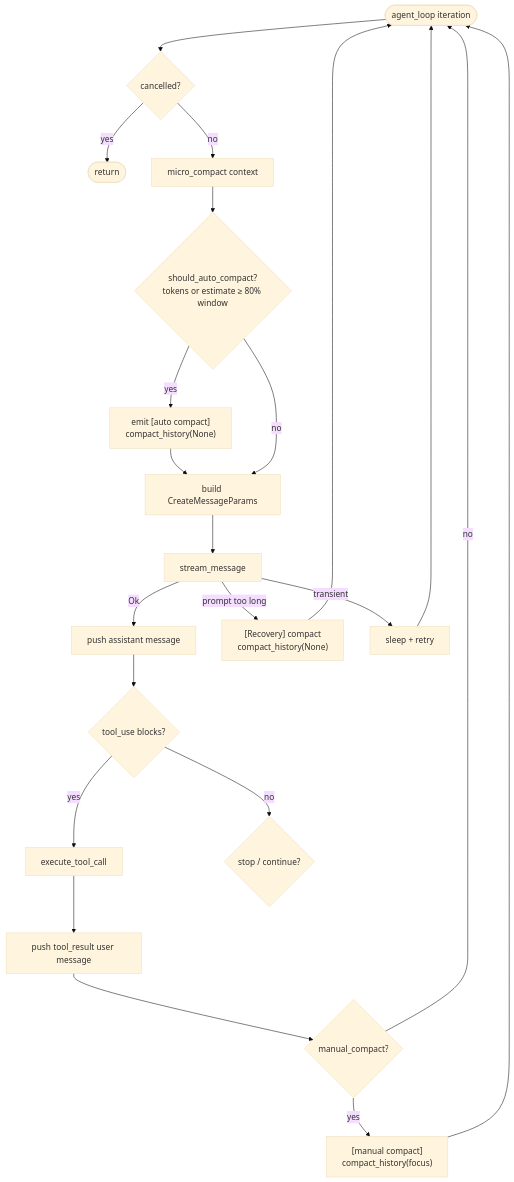
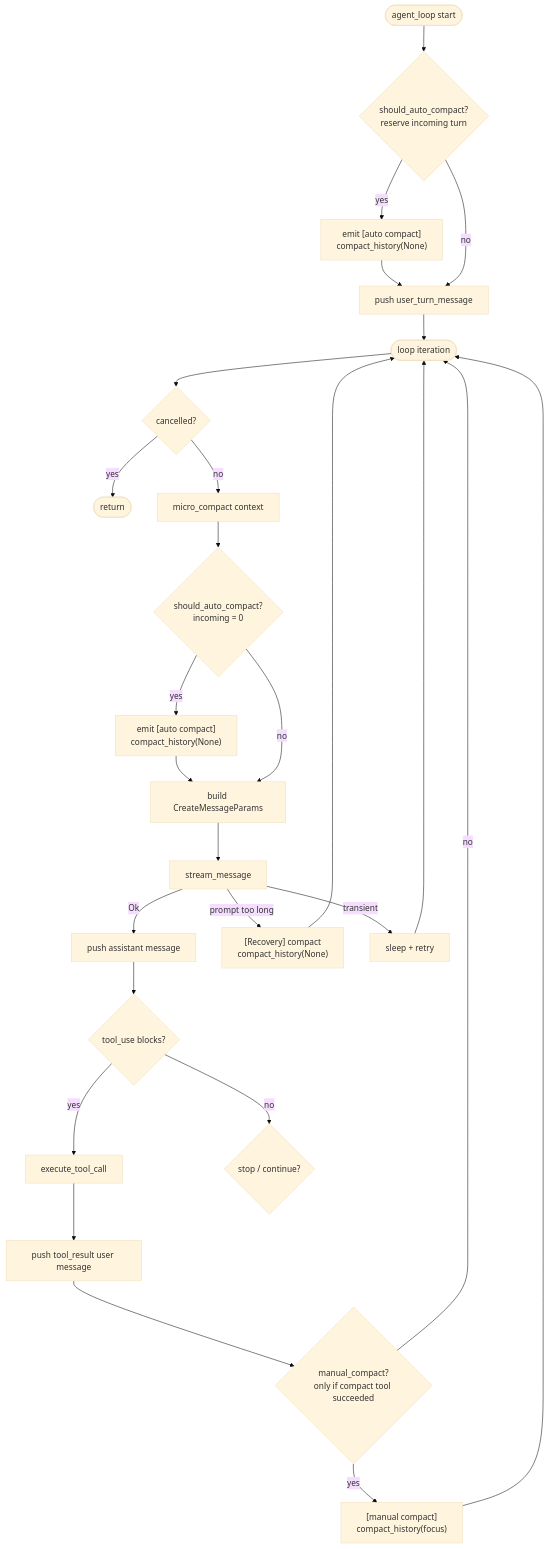
Before and after one commit to rust-infra/tact: the third of 15 diagrams in book/05_chapter_compact.md, drawn with Mermaid (base theme). The commit also changed other lines of this file and 179 other files, not shown here.

````diff
--- a/book/05_chapter_compact.md
+++ b/book/05_chapter_compact.md
@@ -84,24 +84,29 @@
 ```mermaid
 flowchart TD
-    Start([agent_loop iteration]) --> Cancel{cancelled?}
+    Entry([agent_loop start]) --> EntrySize{"should_auto_compact?<br/>reserve incoming turn"}
+    EntrySize -->|yes| EntryAuto["emit [auto compact]<br/>compact_history(None)"]
+    EntryAuto --> Push[push user_turn_message]
+    EntrySize -->|no| Push
+    Push --> Start([loop iteration])
+    Start --> Cancel{cancelled?}
     Cancel -->|yes| Exit([return])
     Cancel -->|no| MC[micro_compact context]
-    MC --> Size{should_auto_compact?<br/>tokens or estimate ≥ 80% window}
+    MC --> Size{"should_auto_compact?<br/>incoming = 0"}
     Size -->|yes| Auto["emit [auto compact]<br/>compact_history(None)"]
     Auto --> Build
     Size -->|no| Build[build CreateMessageParams]
     Build --> Stream[stream_message]
     Stream -->|Ok| Assist[push assistant message]
     Stream -->|prompt too long| Rec["[Recovery] compact<br/>compact_history(None)"]
     Rec --> Start
     Stream -->|transient| Backoff[sleep + retry]
     Backoff --> Start
     Assist --> Tools{tool_use blocks?}
     Tools -->|yes| Exec[execute_tool_call]
     Exec --> Persist[push tool_result user message]
-    Persist --> Man{manual_compact?}
+    Persist --> Man{"manual_compact?<br/>only if compact tool succeeded"}
     Man -->|yes| MC2["[manual compact]<br/>compact_history(focus)"]
     MC2 --> Start
     Man -->|no| Start
     Tools -->|no| Done{stop / continue?}
 ```
````
